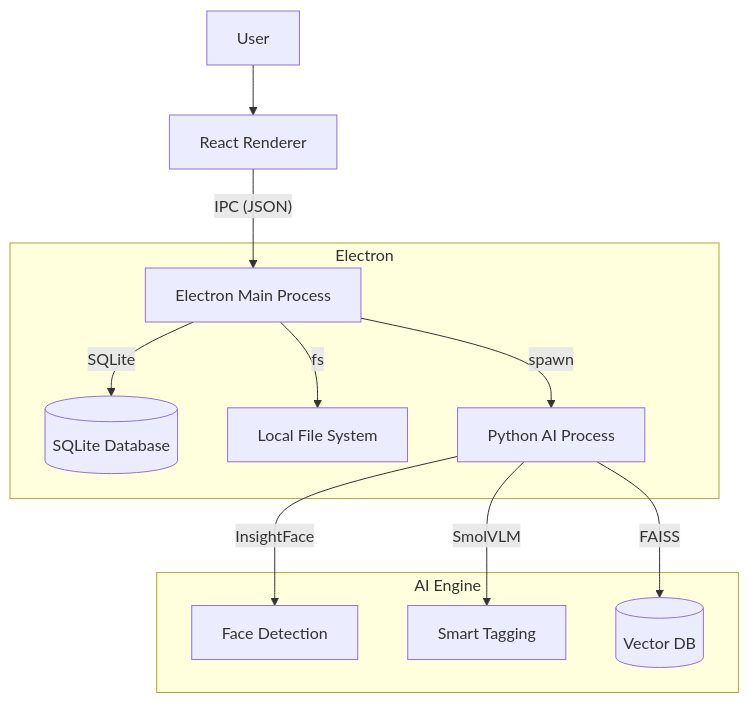
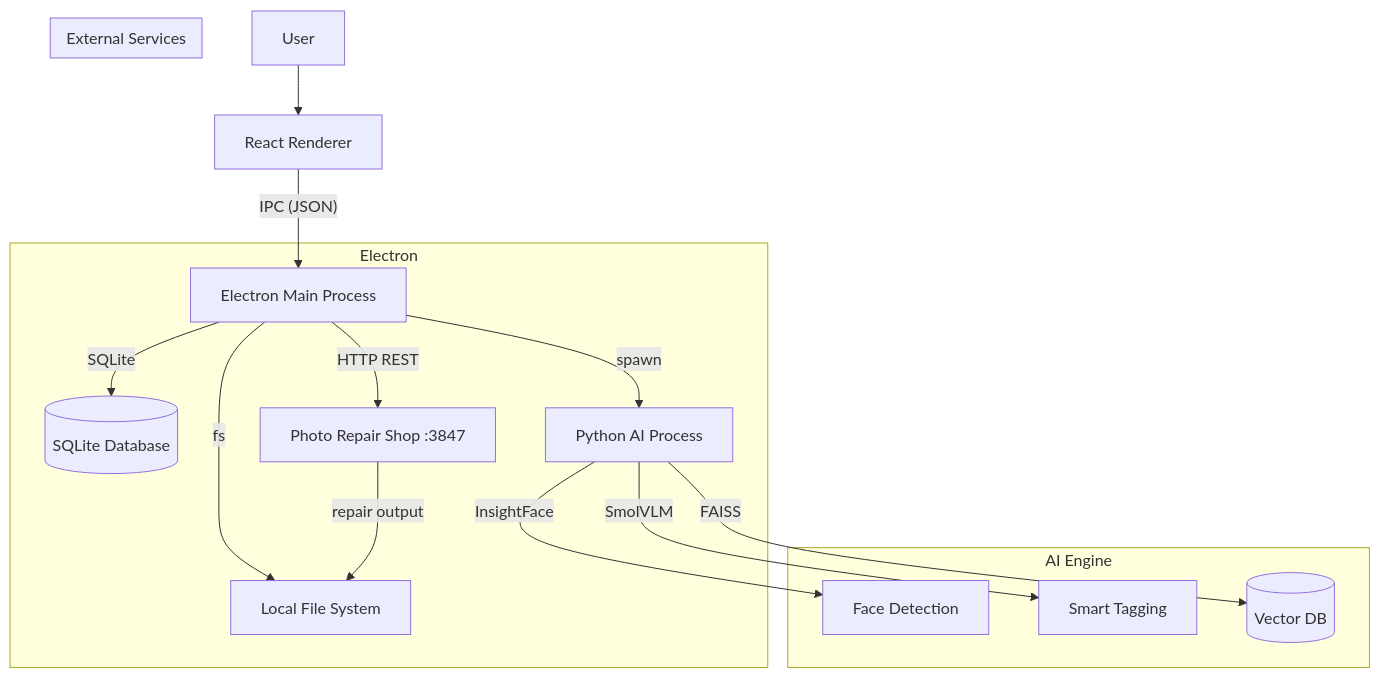
One commit to arozz7/smart-photo-organizer changed the first of 4 diagrams in docs/specs/architecture.md. Above: the diagram before and after it, drawn with Mermaid. The commit also changed other lines of this file and 26 other files, not shown here.

First line of the commit message:
feat(phase-96): SPO ↔ Photo Repair Shop integration + QA fixes

````diff
--- a/docs/specs/architecture.md
+++ b/docs/specs/architecture.md
@@ -9,17 +9,22 @@
 ```mermaid
 graph TD
     User[User] --> UI[React Renderer]
     UI -- IPC (JSON) --> Main[Electron Main Process]
-    
+
     subgraph Electron
         Main -- SQLite --> DB[(SQLite Database)]
         Main -- fs --> FileSystem[Local File System]
         Main -- spawn --> Python[Python AI Process]
+        Main -- HTTP REST --> PRS[Photo Repair Shop :3847]
     end
-    
+
     subgraph AI Engine
         Python -- InsightFace --> FD[Face Detection]
         Python -- SmolVLM --> VLM[Smart Tagging]
         Python -- FAISS --> VectorDB[(Vector DB)]
     end
+
+    subgraph External Services
+        PRS -- repair output --> FileSystem
+    end
 ```
````
